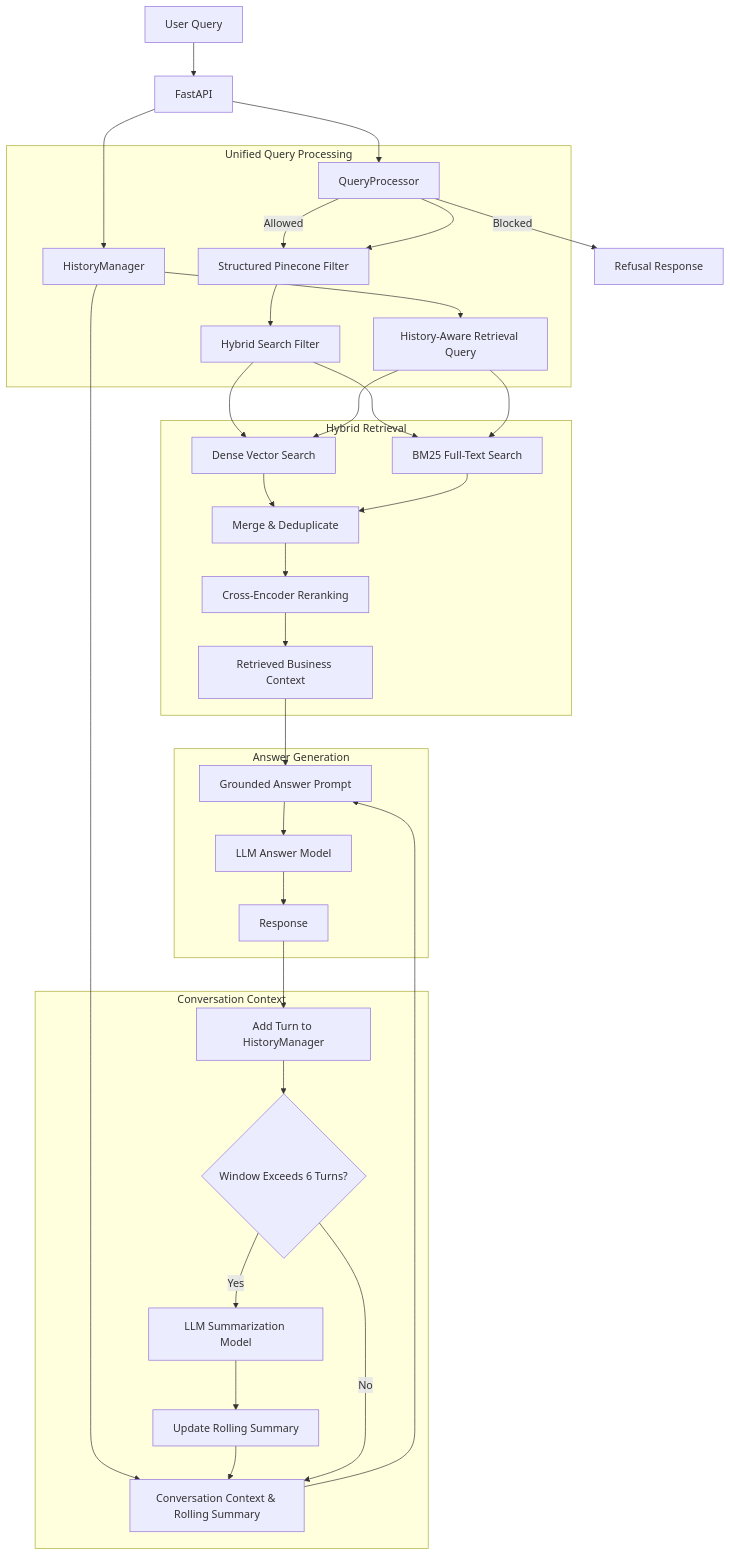
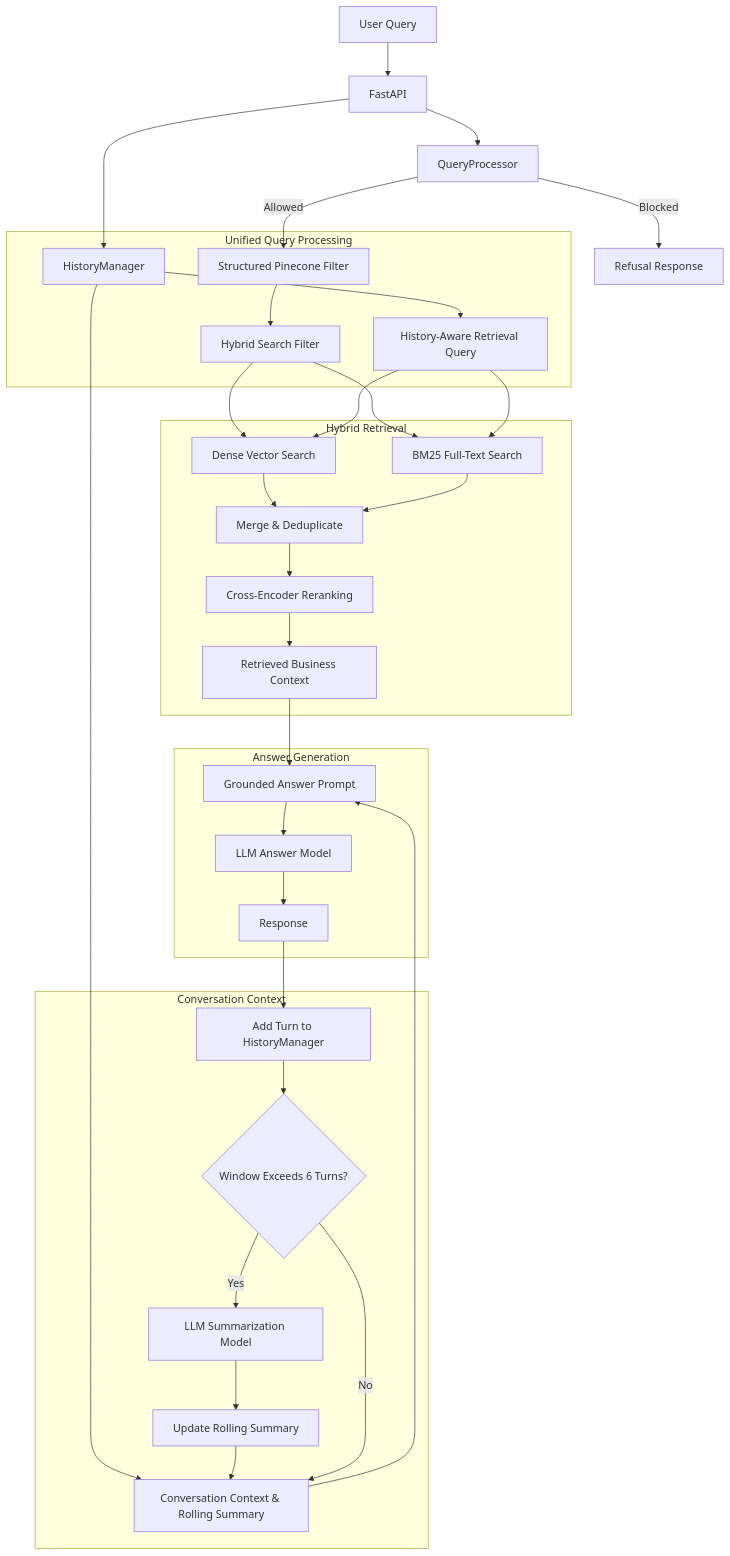
The diagram in README.md (sufyanAshraf/RAG_), drawn with Mermaid before and after one commit.

Commit message:
Remove unused QueryProcessor flow from unified query processing diagram

````diff
--- a/README.md
+++ b/README.md
@@ -85,49 +85,48 @@
 ```mermaid
 flowchart TD
 
     A[User Query] --> B[FastAPI]
     B --> C[HistoryManager]
     B --> QP[QueryProcessor]
 
     QP -- Blocked --> BR[Refusal Response]
     QP -- Allowed --> D[Structured Pinecone Filter]
 
     subgraph QUERY["Unified Query Processing"]
         C --> F[History-Aware Retrieval Query]
-        QP --> D
         D --> E[Hybrid Search Filter]
     end
 
     subgraph RETRIEVAL["Hybrid Retrieval"]
         E --> G[Dense Vector Search]
         E --> H[BM25 Full-Text Search]
         F --> G
         F --> H
         G --> I[Merge & Deduplicate]
         H --> I
         I --> J[Cross-Encoder Reranking]
         J --> K[Retrieved Business Context]
     end
 
     K --> L[Grounded Answer Prompt]
     O --> L
 
     subgraph GENERATION["Answer Generation"]
         L --> M[LLM Answer Model]
         M --> N[Response]
     end
 
     subgraph CONTEXT["Conversation Context"]
         C --> O[Conversation Context & Rolling Summary]
 
         N --> P[Add Turn to HistoryManager]
 
         P --> Q{Window Exceeds 6 Turns?}
 
         Q -- Yes --> R[LLM Summarization Model]
         R --> S[Update Rolling Summary]
         S --> O
     end
 
     Q -- No --> O
 ```
````
